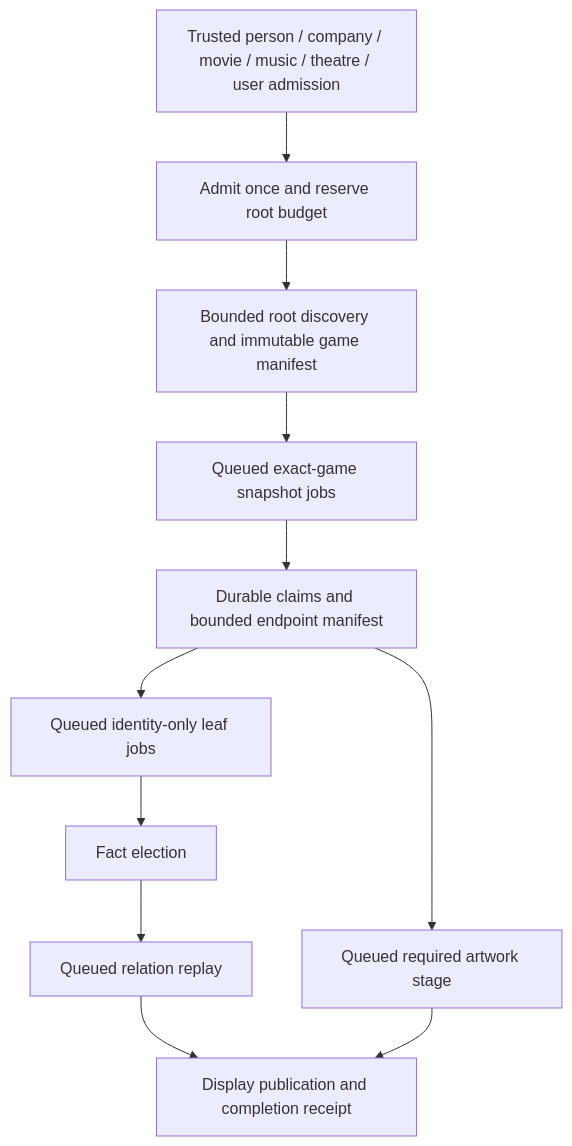
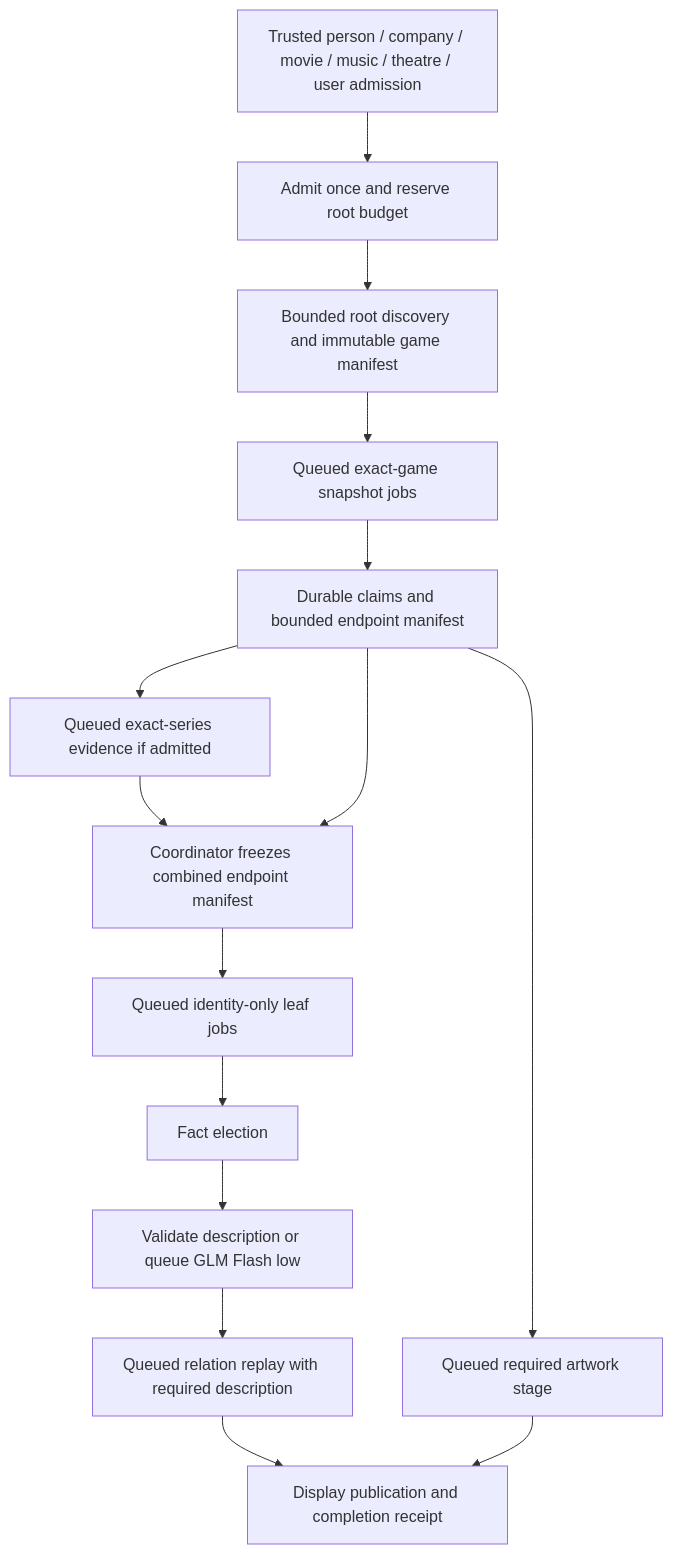
Before and after one commit to Orbiterio/docs: the sixth of 6 diagrams in guides/open-work/video-game-waterfall.mdx, drawn with Mermaid. The commit also changed other lines of this file and 17 other files, not shown here.

Commit message:
docs: lock video game graph contracts and phased build gates

````diff
--- a/guides/open-work/video-game-waterfall.mdx
+++ b/guides/open-work/video-game-waterfall.mdx
@@ -539,13 +557,17 @@
 ```mermaid
 flowchart TD
   E[Trusted person / company / movie / music / theatre / user admission] --> A[Admit once and reserve root budget]
   A --> D[Bounded root discovery and immutable game manifest]
   D --> Q[Queued exact-game snapshot jobs]
   Q --> M[Durable claims and bounded endpoint manifest]
-  M --> L[Queued identity-only leaf jobs]
+  M --> S[Queued exact-series evidence if admitted]
+  S --> B[Coordinator freezes combined endpoint manifest]
+  M --> B
+  B --> L[Queued identity-only leaf jobs]
   L --> F[Fact election]
-  F --> R[Queued relation replay]
+  F --> H[Validate description or queue GLM Flash low]
+  H --> R[Queued relation replay with required description]
   R --> P[Display publication and completion receipt]
   M --> I[Queued required artwork stage]
   I --> P
 ```
````
